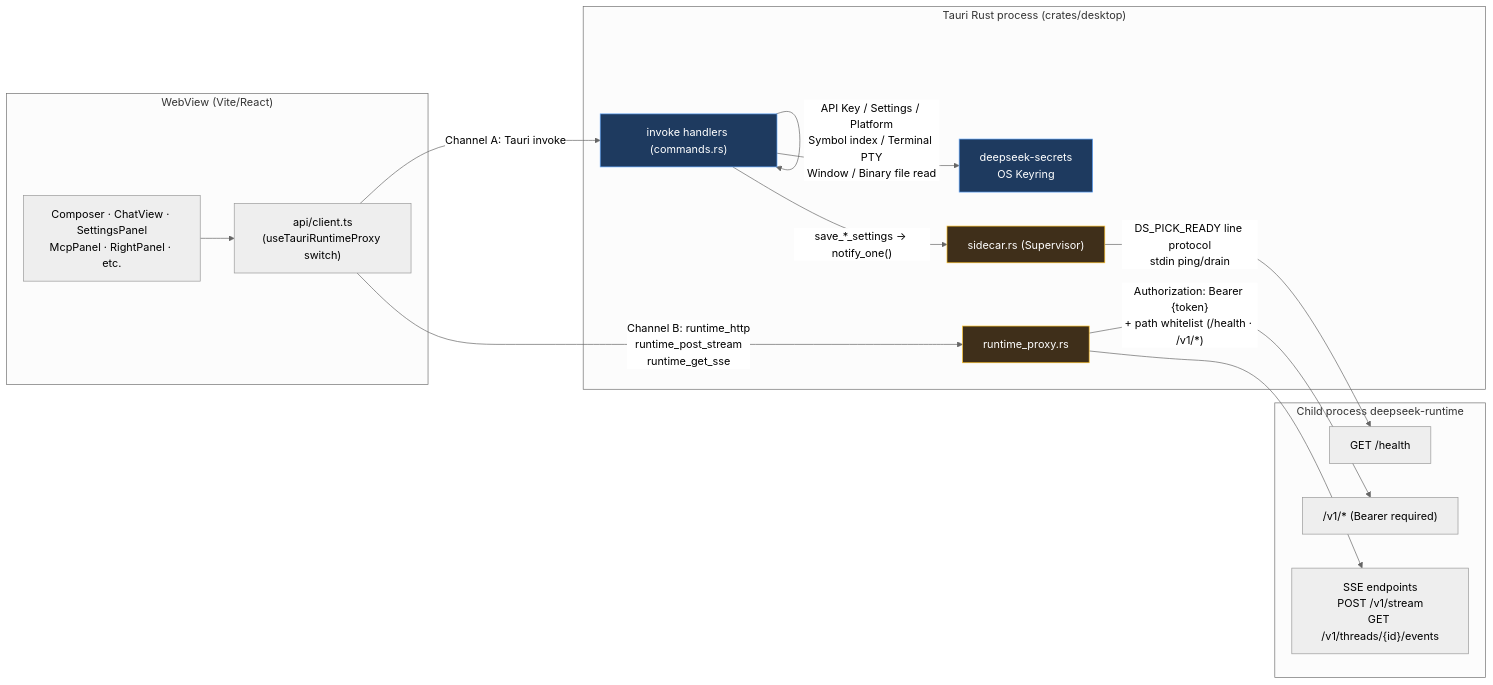
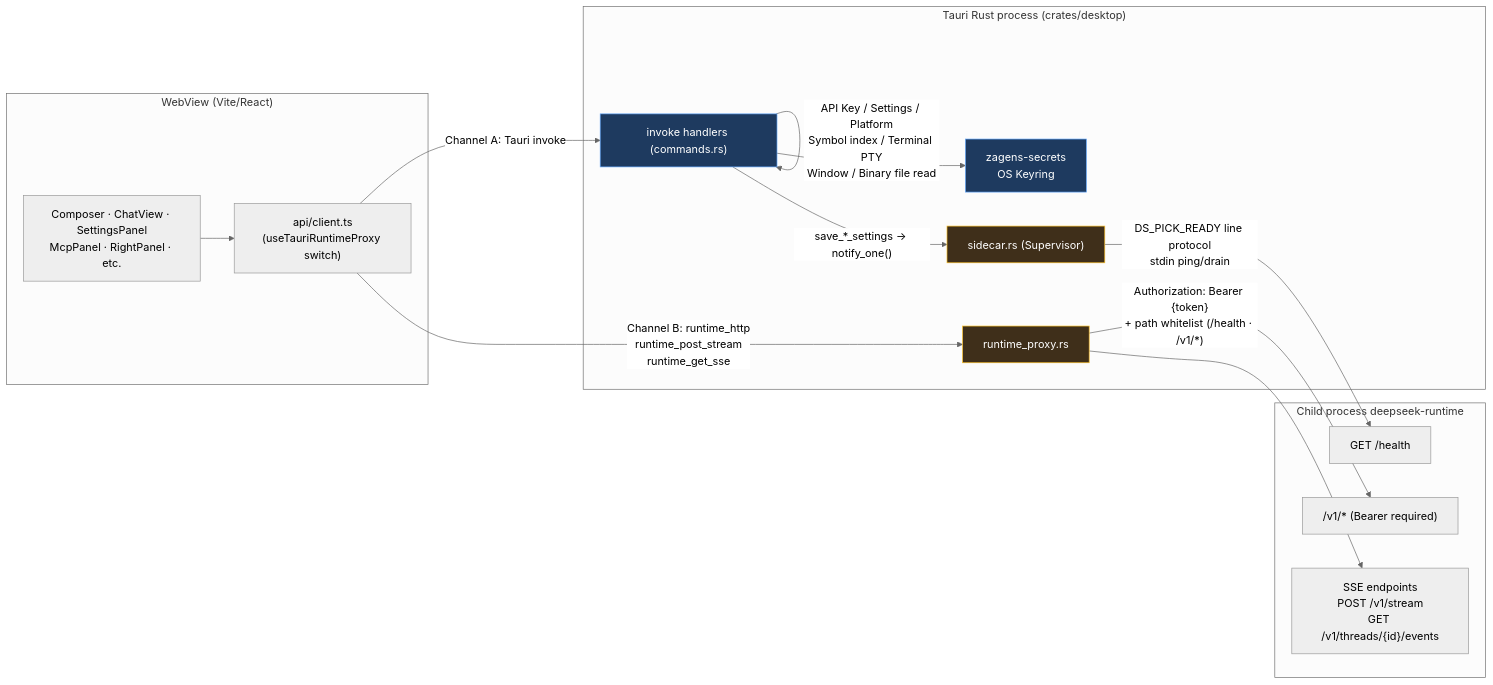
Before and after one commit to didclawapp-ai/zagens: the fifth of 6 diagrams in docs/tech/RUNTIME_ARCHITECTURE.md, drawn with Mermaid (neutral theme). The commit also changed other lines of this file and 301 other files, not shown here.

````diff
--- a/docs/tech/RUNTIME_ARCHITECTURE.md
+++ b/docs/tech/RUNTIME_ARCHITECTURE.md
@@ -427,37 +427,37 @@
 ```mermaid
 flowchart LR
     subgraph webview["WebView (Vite/React)"]
         UI["Composer · ChatView · SettingsPanel<br/>McpPanel · RightPanel · etc."]
         CLIENT["api/client.ts<br/>(useTauriRuntimeProxy switch)"]
     end
 
     subgraph rust["Tauri Rust process (crates/desktop)"]
         IPC["invoke handlers (commands.rs)"]
         RP["runtime_proxy.rs"]
         SC["sidecar.rs (Supervisor)"]
-        KR["deepseek-secrets<br/>OS Keyring"]
+        KR["zagens-secrets<br/>OS Keyring"]
     end
 
     subgraph child["Child process deepseek-runtime"]
         HEALTH["GET /health"]
         V1["/v1/* (Bearer required)"]
         SSE["SSE endpoints<br/>POST /v1/stream<br/>GET /v1/threads/{id}/events"]
     end
 
     UI --> CLIENT
 
     CLIENT -- "Channel A: Tauri invoke" --> IPC
     IPC -- "API Key / Settings / Platform<br/>Symbol index / Terminal PTY<br/>Window / Binary file read" --> IPC
     IPC --> KR
     IPC -- "save_*_settings → notify_one()" --> SC
 
     CLIENT -- "Channel B: runtime_http<br/>runtime_post_stream<br/>runtime_get_sse" --> RP
     RP -- "Authorization: Bearer {token}<br/>+ path whitelist (/health · /v1/*)" --> V1
     RP --> SSE
     SC -- "DS_PICK_READY line protocol<br/>stdin ping/drain" --> HEALTH
 
     classDef a fill:#1e3a5f,stroke:#60a5fa,color:#fff
     classDef b fill:#3f2f1a,stroke:#fbbf24,color:#fff
     class IPC,KR a
     class RP,SC b
 ```
````
